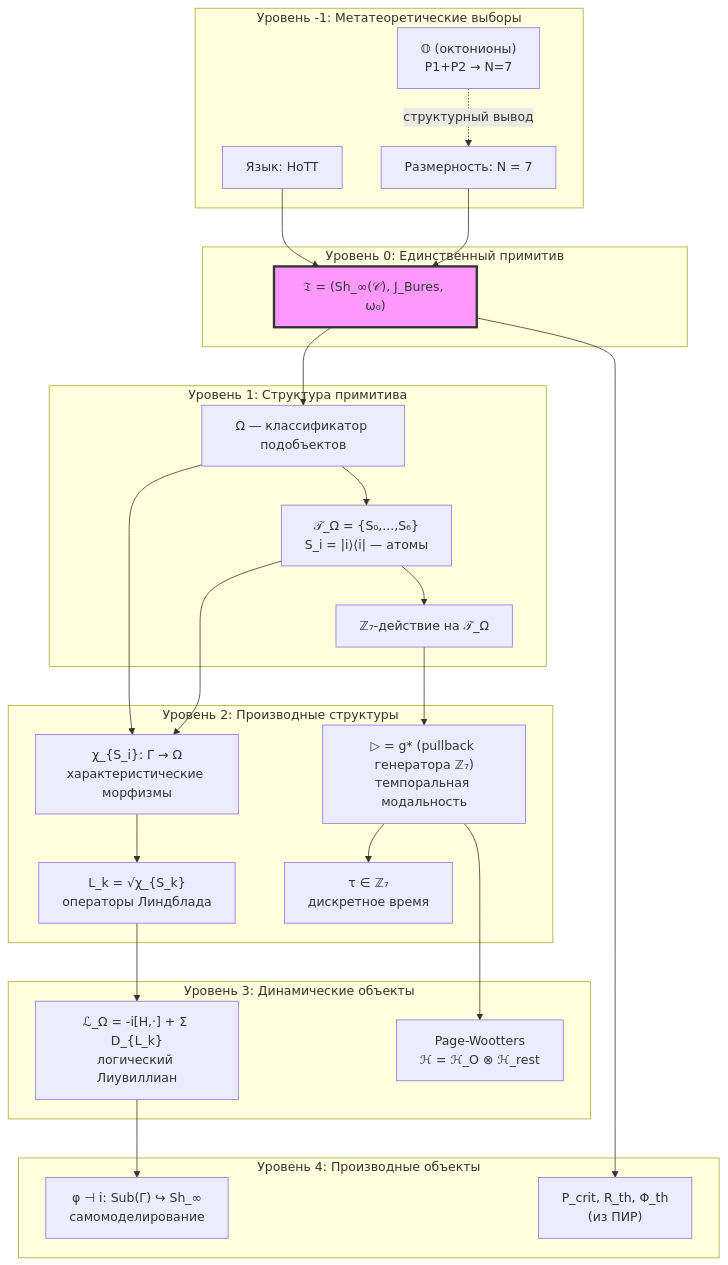
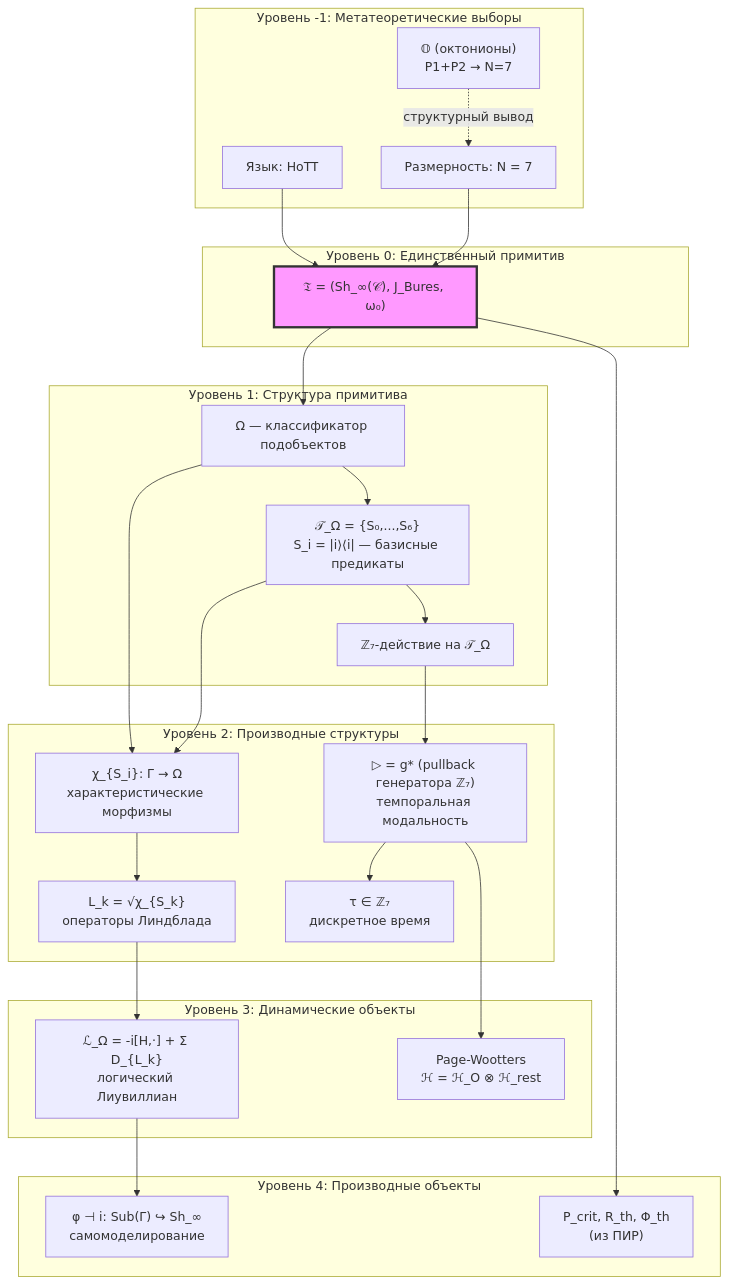
One commit to uhm-theory/holon changed the first of 2 diagrams in website/docs/core/foundations/axiom-omega.md. Above: the diagram before and after it, drawn with Mermaid. The commit also changed other lines of this file and 7 other files, not shown here.

````diff
--- a/website/docs/core/foundations/axiom-omega.md
+++ b/website/docs/core/foundations/axiom-omega.md
@@ -655,53 +671,53 @@
 ```mermaid
 graph TD
     subgraph "Уровень -1: Метатеоретические выборы"
         Lang["Язык: HoTT"]
         Dim["Размерность: N = 7"]
         Oct["𝕆 (октонионы)<br/>P1+P2 → N=7"]
     end
 
     subgraph "Уровень 0: Единственный примитив"
         Primitive["𝔗 = (Sh_∞(𝒞), J_Bures, ω₀)"]
     end
 
     subgraph "Уровень 1: Структура примитива"
         Omega["Ω — классификатор подобъектов"]
-        Atoms["𝒯_Ω = {S₀,...,S₆}<br/>S_i = |i⟩⟨i| — атомы"]
+        Atoms["𝒯_Ω = {S₀,...,S₆}<br/>S_i = |i⟩⟨i| — базисные предикаты"]
         Z7["ℤ₇-действие на 𝒯_Ω"]
     end
 
     subgraph "Уровень 2: Производные структуры"
         Chi["χ_{S_i}: Γ → Ω<br/>характеристические морфизмы"]
         Lk["L_k = √χ_{S_k}<br/>операторы Линдблада"]
         Modal["▷ = g* (pullback генератора ℤ₇)<br/>темпоральная модальность"]
         Tau["τ ∈ ℤ₇<br/>дискретное время"]
     end
 
     subgraph "Уровень 3: Динамические объекты"
         LOmega["ℒ_Ω = -i[H,·] + Σ D_{L_k}<br/>логический Лиувиллиан"]
         PW["Page-Wootters<br/>ℋ = ℋ_O ⊗ ℋ_rest"]
     end
 
     subgraph "Уровень 4: Производные объекты"
         Phi["φ ⊣ i: Sub(Γ) ↪ Sh_∞<br/>самомоделирование"]
         Thresholds["P_crit, R_th, Φ_th<br/>(из ПИР)"]
     end
 
     Lang --> Primitive
     Dim --> Primitive
     Oct -.->|"структурный вывод"| Dim
     Primitive --> Omega
     Omega --> Atoms
     Atoms --> Z7
     Omega --> Chi
     Atoms --> Chi
     Z7 --> Modal
     Chi --> Lk
     Modal --> Tau
     Lk --> LOmega
     Modal --> PW
     LOmega --> Phi
     Primitive --> Thresholds
 
     style Primitive fill:#f9f,stroke:#333,stroke-width:3px
 ```
````
